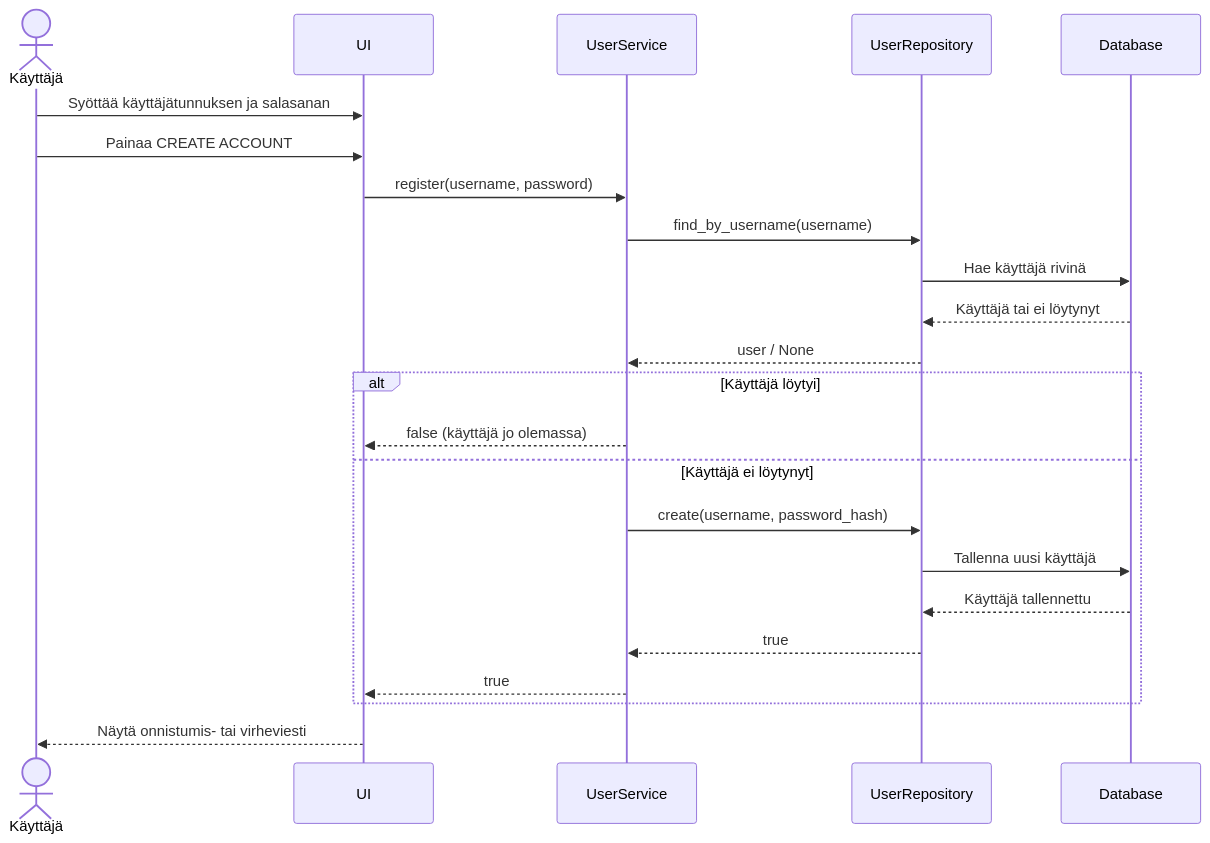
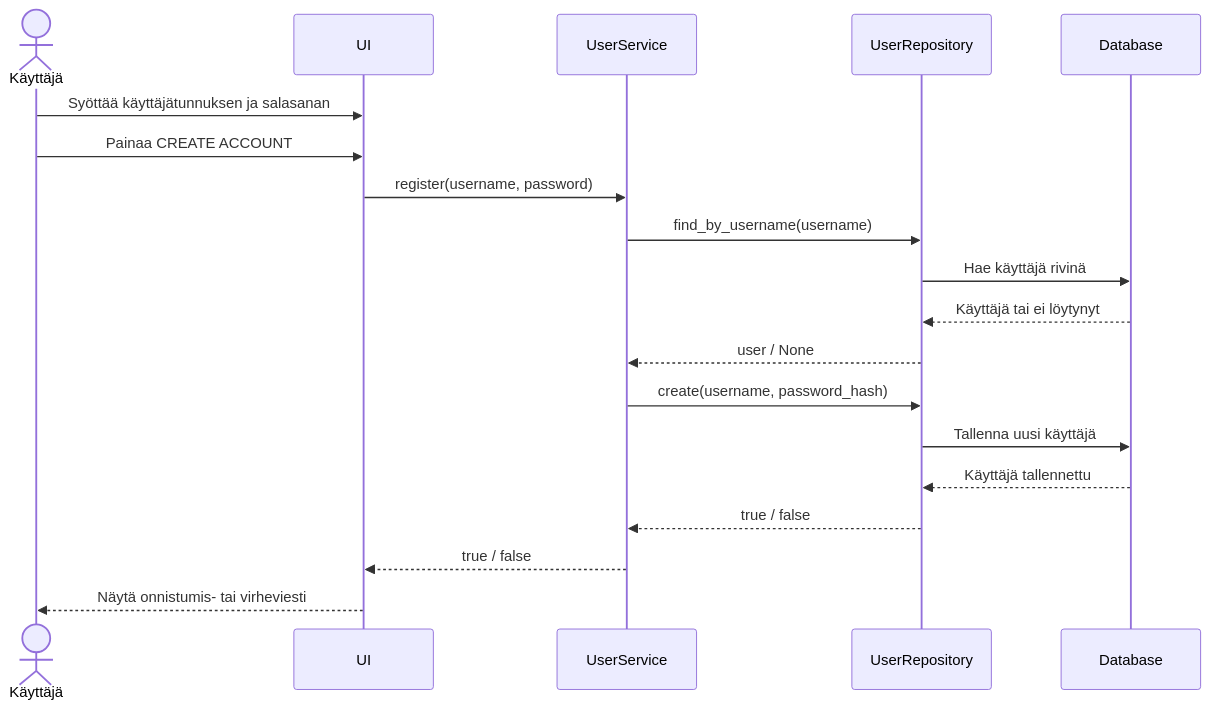
The fourth of 5 diagrams in dokumentaatio/misc/arkkitehtuuri.md (BjornKhermik10/ot-harjoitustyo), drawn with Mermaid before and after one commit.

Commit message:
documentation

````diff
--- a/dokumentaatio/misc/arkkitehtuuri.md
+++ b/dokumentaatio/misc/arkkitehtuuri.md
@@ -75,26 +75,22 @@
 ```mermaid
 sequenceDiagram
     actor Käyttäjä
     participant UI
     participant UserService
     participant UserRepository
     participant Database
 
     Käyttäjä->>UI: Syöttää käyttäjätunnuksen ja salasanan
     Käyttäjä->>UI: Painaa CREATE ACCOUNT
     UI->>UserService: register(username, password)
     UserService->>UserRepository: find_by_username(username)
     UserRepository->>Database: Hae käyttäjä rivinä
     Database-->>UserRepository: Käyttäjä tai ei löytynyt
     UserRepository-->>UserService: user / None
-    alt Käyttäjä löytyi
-        UserService-->>UI: false (käyttäjä jo olemassa)
-    else Käyttäjä ei löytynyt
-        UserService->>UserRepository: create(username, password_hash)
-        UserRepository->>Database: Tallenna uusi käyttäjä
-        Database-->>UserRepository: Käyttäjä tallennettu
-        UserRepository-->>UserService: true
-        UserService-->>UI: true
-    end
+    UserService->>UserRepository: create(username, password_hash)
+    UserRepository->>Database: Tallenna uusi käyttäjä
+    Database-->>UserRepository: Käyttäjä tallennettu
+    UserRepository-->>UserService: true / false
+    UserService-->>UI: true / false
     UI-->>Käyttäjä: Näytä onnistumis- tai virheviesti
 ```
````
